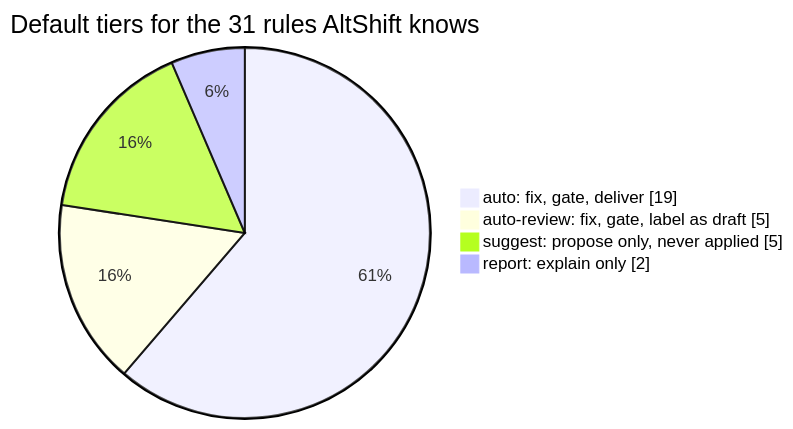
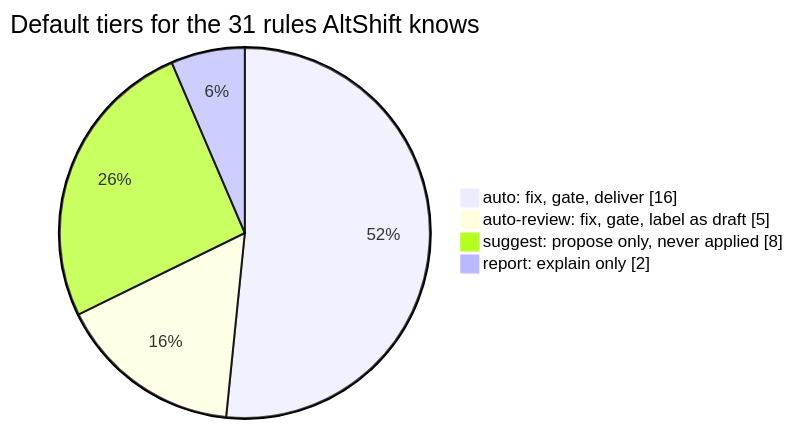
The third of 5 diagrams in README.md (riz007/altshift), drawn with Mermaid before and after one commit. The commit also changed other lines of this file and 55 other files, not shown here.

````diff
--- a/README.md
+++ b/README.md
@@ -72,7 +72,7 @@
 ```mermaid
 pie showData title Default tiers for the 31 rules AltShift knows
-    "auto: fix, gate, deliver" : 19
+    "auto: fix, gate, deliver" : 16
     "auto-review: fix, gate, label as draft" : 5
-    "suggest: propose only, never applied" : 5
+    "suggest: propose only, never applied" : 8
     "report: explain only" : 2
 ```
````
